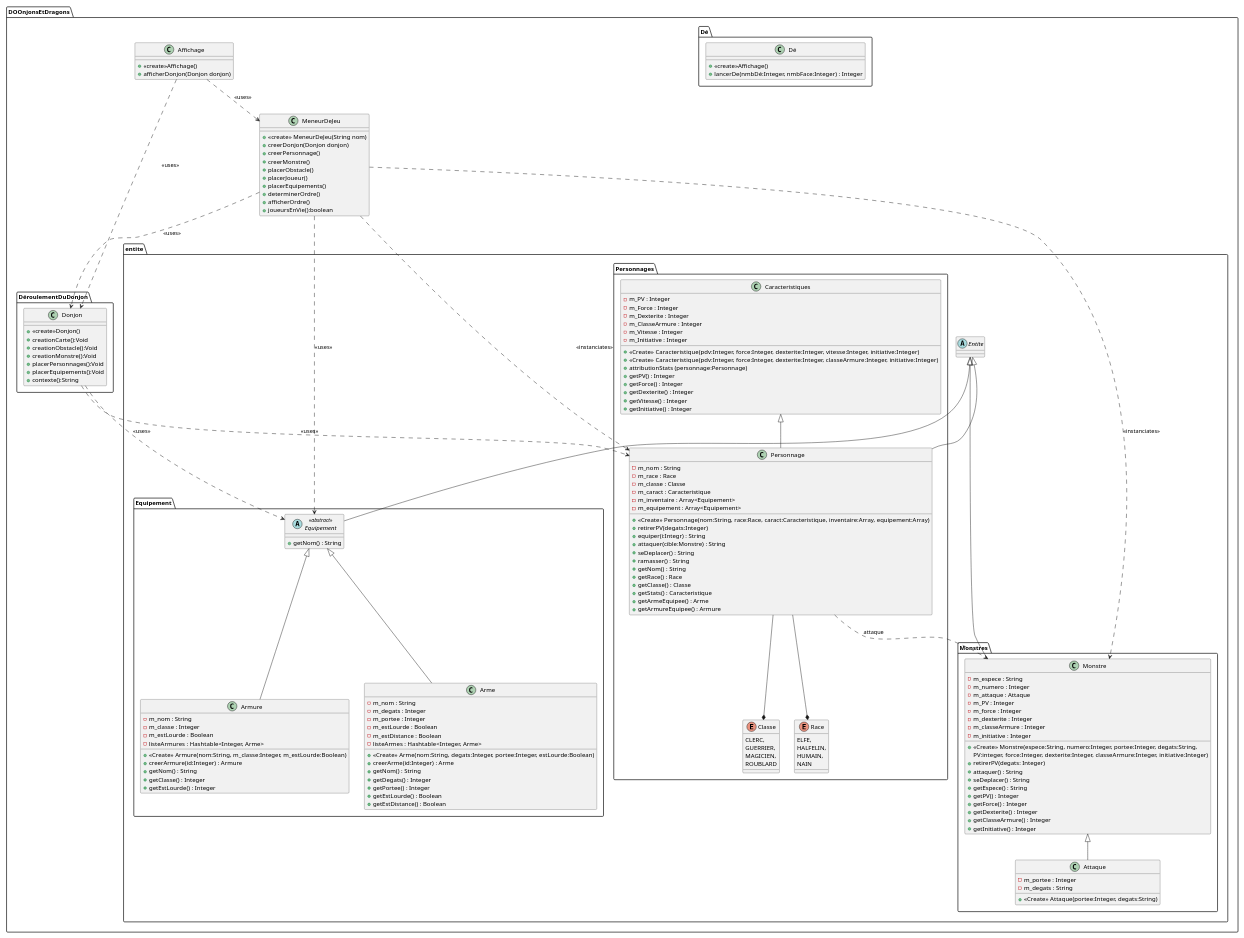
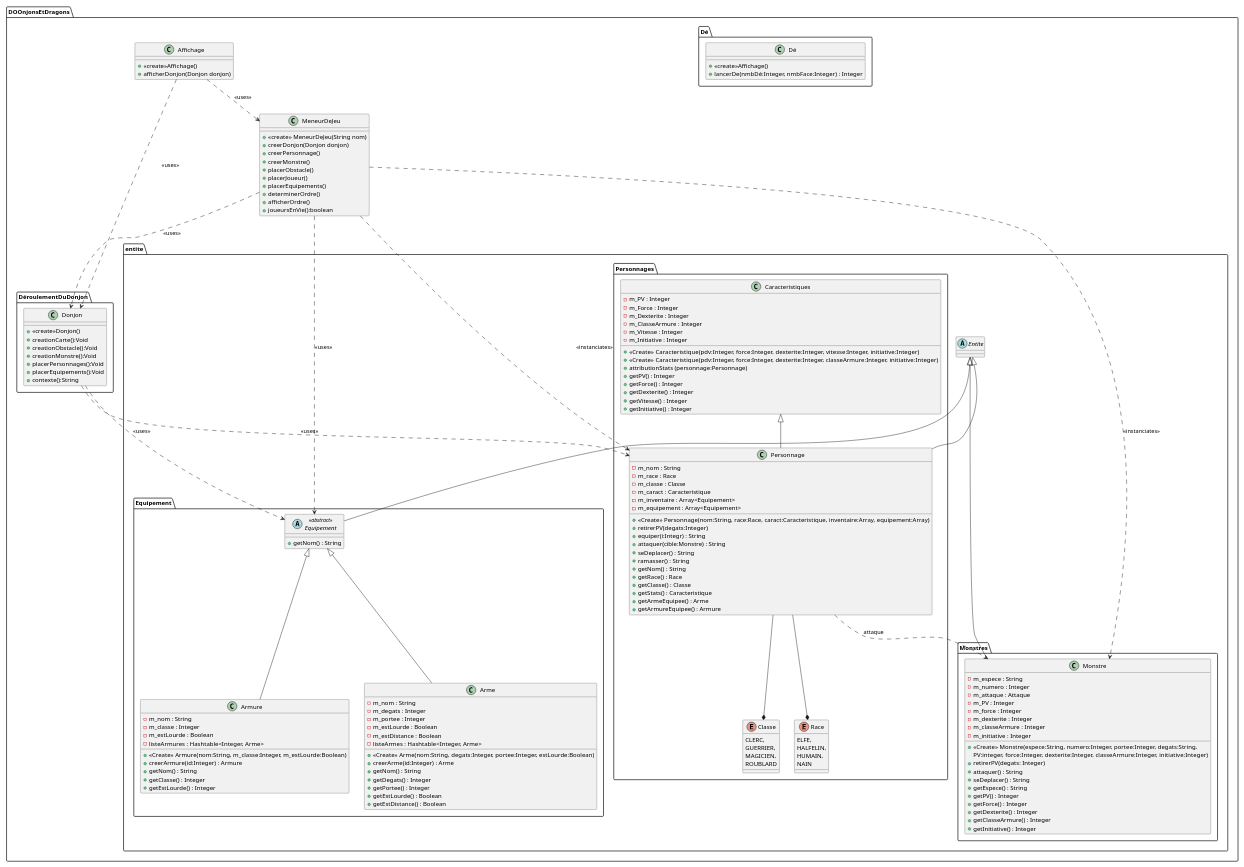
One commit to Erm5s/jeu-donjon-et-dragons changed the diagram in uml/semaine4.puml. Above: the diagram before and after it, drawn with PlantUML. The commit also changed 2 other files, not shown here.

```diff
--- a/uml/semaine4.puml
+++ b/uml/semaine4.puml
@@ -93,13 +93,6 @@
                 + getInitiative() : Integer
             }
 
-            class Attaque
-            {
-                - m_portee : Integer
-                - m_degats : String
-                + <<Create>> Attaque(portee:Integer, degats:String)
-            }
-
         }
 
         package Equipement
@@ -184,7 +177,6 @@
     }
 
 Caracteristiques <|-- Personnage
-Monstre <|-- Attaque
 DOOnjonsEtDragons.entite.Entite <|-- DOOnjonsEtDragons.entite.Personnages.Personnage
 DOOnjonsEtDragons.entite.Entite <|-- DOOnjonsEtDragons.entite.Monstres.Monstre
 DOOnjonsEtDragons.entite.Entite <|-- DOOnjonsEtDragons.entite.Equipement.Equipement
```
